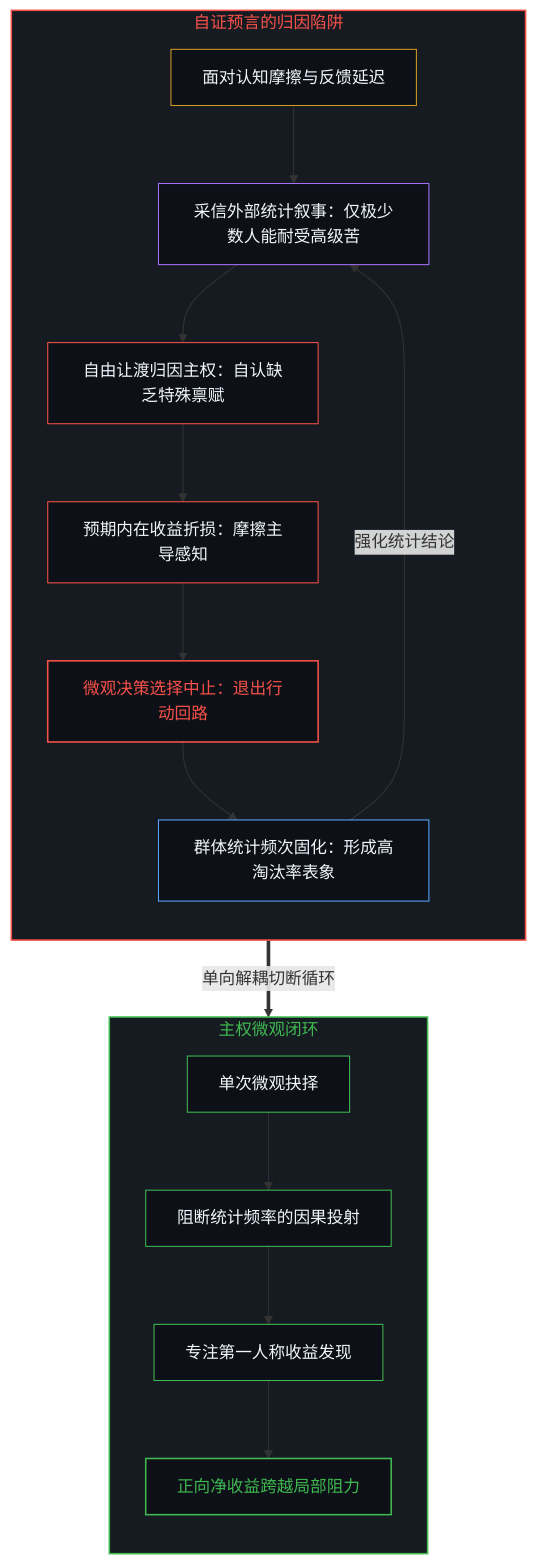
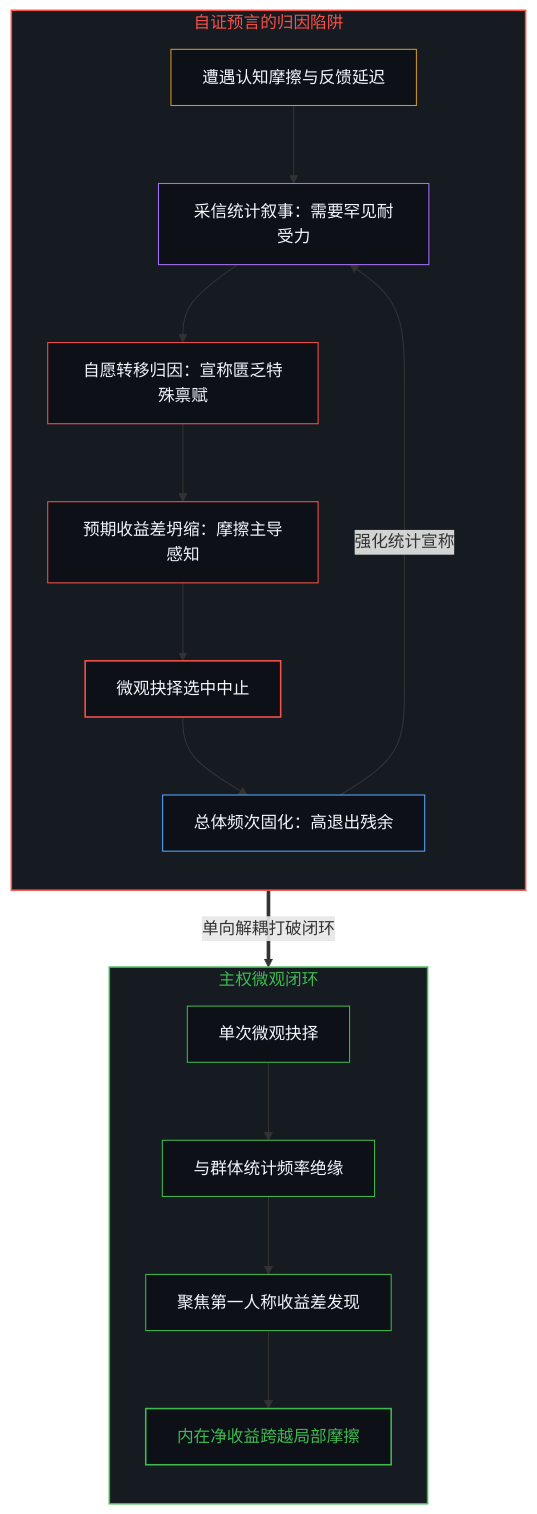
One commit to powerpig99/not-a-toe changed the third of 4 diagrams in content/posts/the-causal-overstep-of-observation-and-the-first-person-surplus.md. Above: the diagram before and after it, drawn with Mermaid. The commit also changed other lines of this file and 5 other files, not shown here.

````diff
--- a/content/posts/the-causal-overstep-of-observation-and-the-first-person-surplus.md
+++ b/content/posts/the-causal-overstep-of-observation-and-the-first-person-surplus.md
@@ -91,33 +87,31 @@
 ```mermaid
 graph TD
     subgraph S_Trap ["自证预言的归因陷阱"]
         direction TB
         style S_Trap fill:#161b22,stroke:#f85149,stroke-width:1.5px,color:#f85149
-        T1["面对认知摩擦与反馈延迟"] --> T2["采信外部统计叙事：仅极少数人能耐受高级苦"]
-        T2 --> T3["自由让渡归因主权：自认缺乏特殊禀赋"]
-        T3 --> T4["预期内在收益折损：摩擦主导感知"]
-        T4 --> T5["微观决策选择中止：退出行动回路"]
-        T5 --> T6["群体统计频次固化：形成高淘汰率表象"]
-        T6 -->|"强化统计结论"| T2
+        T1["遭遇认知摩擦与反馈延迟"] --> T2["采信统计叙事：需要罕见耐受力"]
+        T2 --> T3["自愿转移归因：宣称匮乏特殊禀赋"]
+        T3 --> T4["预期收益差坍缩：摩擦主导感知"]
+        T4 --> T5["微观抉择选中中止"]
+        T5 --> T6["总体频次固化：高退出残余"]
+        T6 -->|"强化统计宣称"| T2
         style T1 fill:#0d1117,stroke:#d29922,stroke-width:1px,color:#f0f6fc
         style T2 fill:#0d1117,stroke:#a371f7,stroke-width:1px,color:#f0f6fc
         style T3 fill:#0d1117,stroke:#f85149,stroke-width:1px,color:#f0f6fc
         style T4 fill:#0d1117,stroke:#f85149,stroke-width:1px,color:#f0f6fc
-        style T5 fill:#0d1117,stroke:#f85149,stroke-width:1.5px,color:#f85149
+        style T5 fill:#0d1117,stroke:#f85149,stroke-width:1.5px,color:#f0f6fc
         style T6 fill:#0d1117,stroke:#58a6ff,stroke-width:1px,color:#f0f6fc
     end
-
-    T6 ==>|"单向解耦切断循环"| C1
-
+    T6 ==>|"单向解耦打破闭环"| C1
     subgraph S_Sovereign ["主权微观闭环"]
         direction TB
         style S_Sovereign fill:#161b22,stroke:#3fb950,stroke-width:1.5px,color:#3fb950
-        C1["单次微观抉择"] --> C2["阻断统计频率的因果投射"]
-        C2 --> C3["专注第一人称收益发现"]
-        C3 --> C4["正向净收益跨越局部阻力"]
+        C1["单次微观抉择"] --> C2["与群体统计频率绝缘"]
+        C2 --> C3["聚焦第一人称收益差发现"]
+        C3 --> C4["内在净收益跨越局部摩擦"]
         style C1 fill:#0d1117,stroke:#3fb950,stroke-width:1px,color:#f0f6fc
         style C2 fill:#0d1117,stroke:#3fb950,stroke-width:1px,color:#f0f6fc
         style C3 fill:#0d1117,stroke:#3fb950,stroke-width:1px,color:#f0f6fc
         style C4 fill:#0d1117,stroke:#3fb950,stroke-width:1.5px,color:#3fb950
     end
 ```
````
